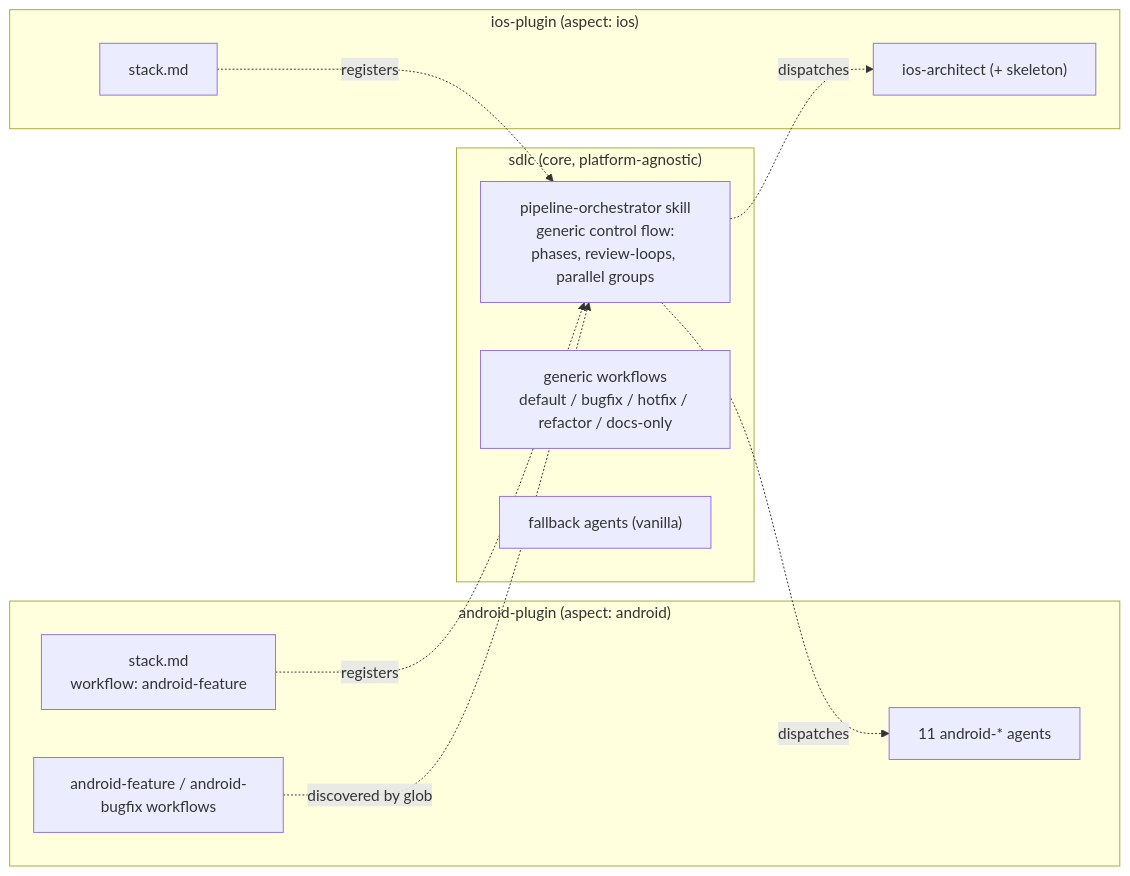
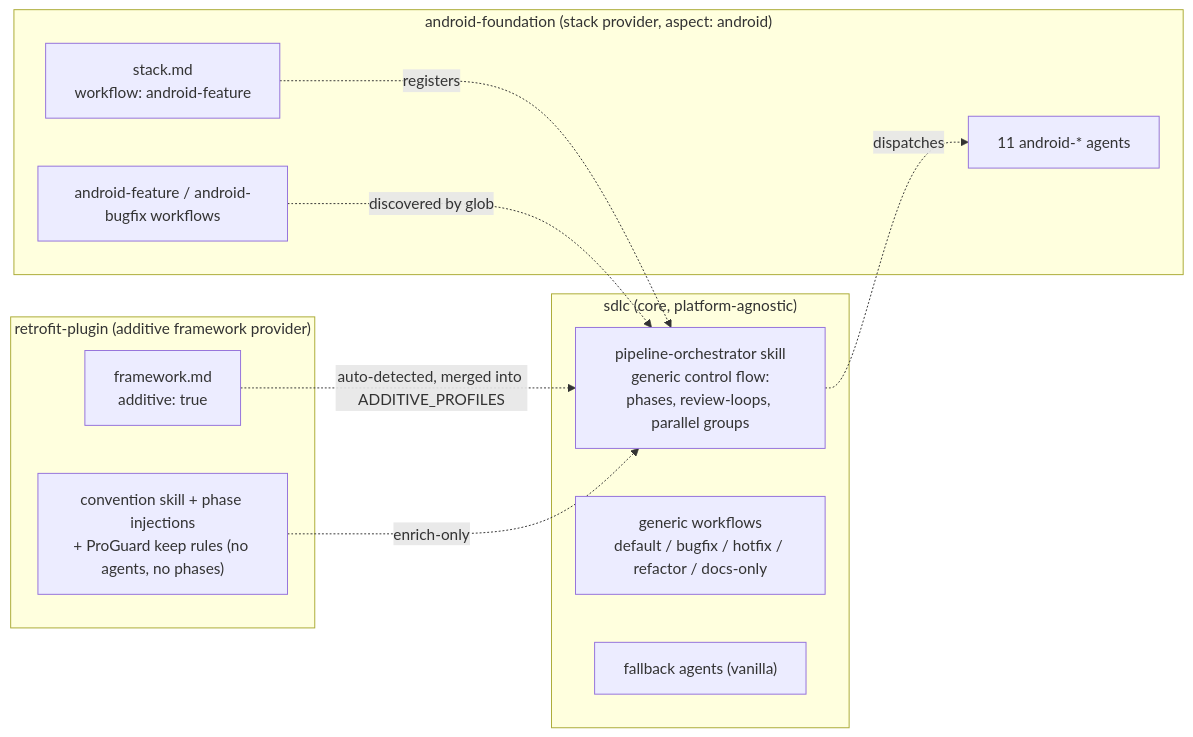
The second of 3 diagrams in docs/WORKFLOW.md (Nuclominus/agentic-sdlc-pluguin), drawn with Mermaid before and after one commit. The commit also changed other lines of this file and 107 other files, not shown here.

First line of the commit message:
feat(restructure): Android Foundation + Framework Provider Pattern

````diff
--- a/docs/WORKFLOW.md
+++ b/docs/WORKFLOW.md
@@ -28,22 +28,22 @@
 ```mermaid
 flowchart LR
     subgraph CORE["sdlc (core, platform-agnostic)"]
       ORC["pipeline-orchestrator skill<br/>generic control flow:<br/>phases, review-loops, parallel groups"]
       WF["generic workflows<br/>default / bugfix / hotfix / refactor / docs-only"]
       FB["fallback agents (vanilla)"]
     end
-    subgraph AND["android-plugin (aspect: android)"]
+    subgraph AND["android-foundation (stack provider, aspect: android)"]
       AST["stack.md<br/>workflow: android-feature"]
       AAG["11 android-* agents"]
       AWF["android-feature / android-bugfix workflows"]
     end
-    subgraph IOS["ios-plugin (aspect: ios)"]
-      IST["stack.md"]
-      IAG["ios-architect (+ skeleton)"]
+    subgraph RET["retrofit-plugin (additive framework provider)"]
+      RFM["framework.md<br/>additive: true"]
+      RSK["convention skill + phase injections<br/>+ ProGuard keep rules (no agents, no phases)"]
     end
     AST -. registers .-> ORC
-    IST -. registers .-> ORC
     AWF -. discovered by glob .-> ORC
     ORC -. dispatches .-> AAG
-    ORC -. dispatches .-> IAG
+    RFM -. auto-detected, merged into ADDITIVE_PROFILES .-> ORC
+    RSK -. enrich-only .-> ORC
 ```
````
